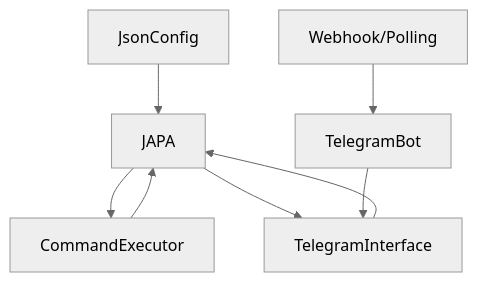
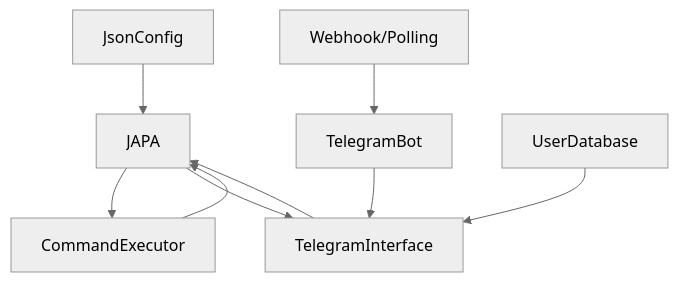
The second of 2 diagrams in docs/arch.md (ABHIRAMSHIBU/accelerate), drawn with Mermaid (neutral theme) before and after one commit. The commit also changed other lines of this file and 5 other files, not shown here.

````diff
--- a/docs/arch.md
+++ b/docs/arch.md
@@ -87,10 +106,11 @@
 ```mermaid
 graph TD
     A[JsonConfig] --> B[JAPA]
     B --> C[CommandExecutor]
     C --> B
     B --> D[TelegramInterface]
     E[TelegramBot] --> D
+    G[UserDatabase] --> D
     D --> B
     F[Webhook/Polling] --> E
 ```
````
